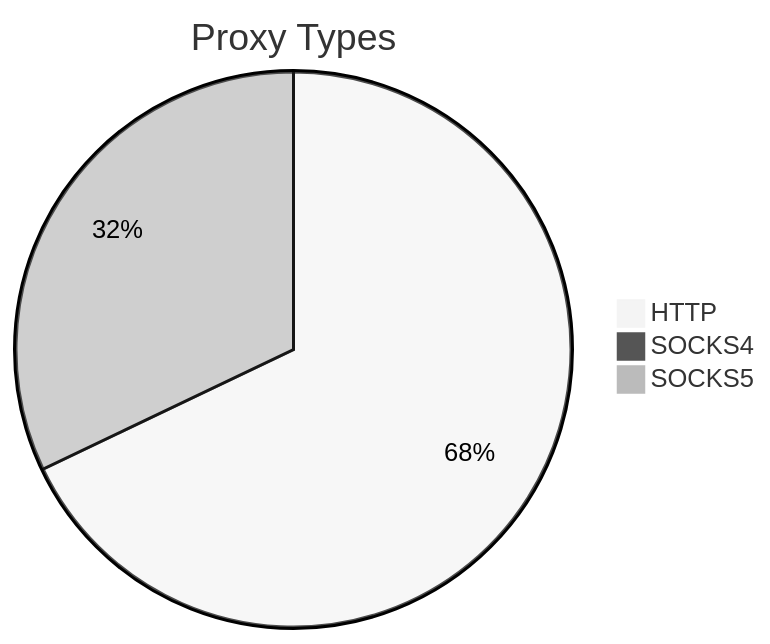
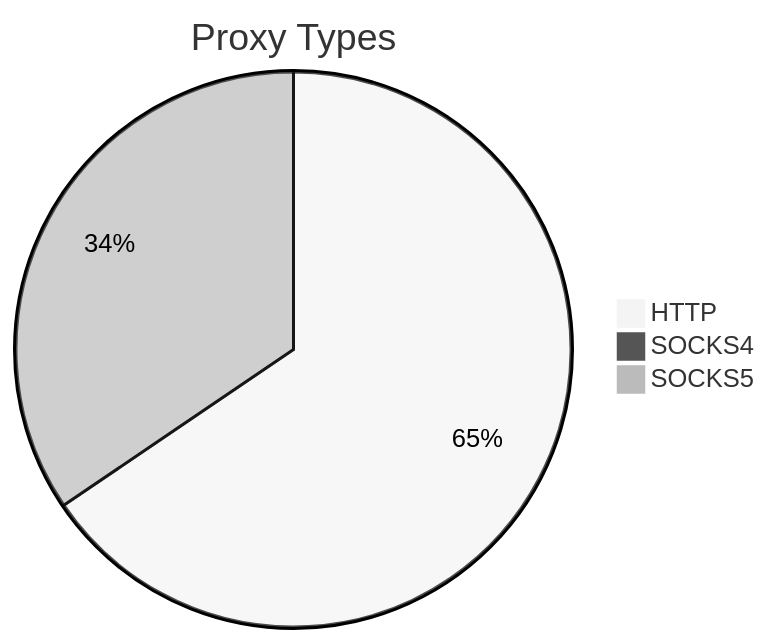
One commit to stormsia/proxy-list changed the first of 2 diagrams in README.md. Above: the diagram before and after it, drawn with Mermaid (neutral theme). The commit also changed other lines of this file, not shown here.

````diff
--- a/README.md
+++ b/README.md
@@ -21,6 +21,6 @@
 ```mermaid
 pie title Proxy Types
-    "HTTP" : 1951
-    "SOCKS4" : 14
-    "SOCKS5" : 922
+    "HTTP" : 2229
+    "SOCKS4" : 12
+    "SOCKS5" : 1173
 ```
````
